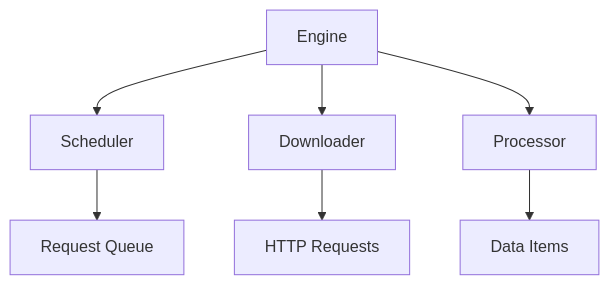
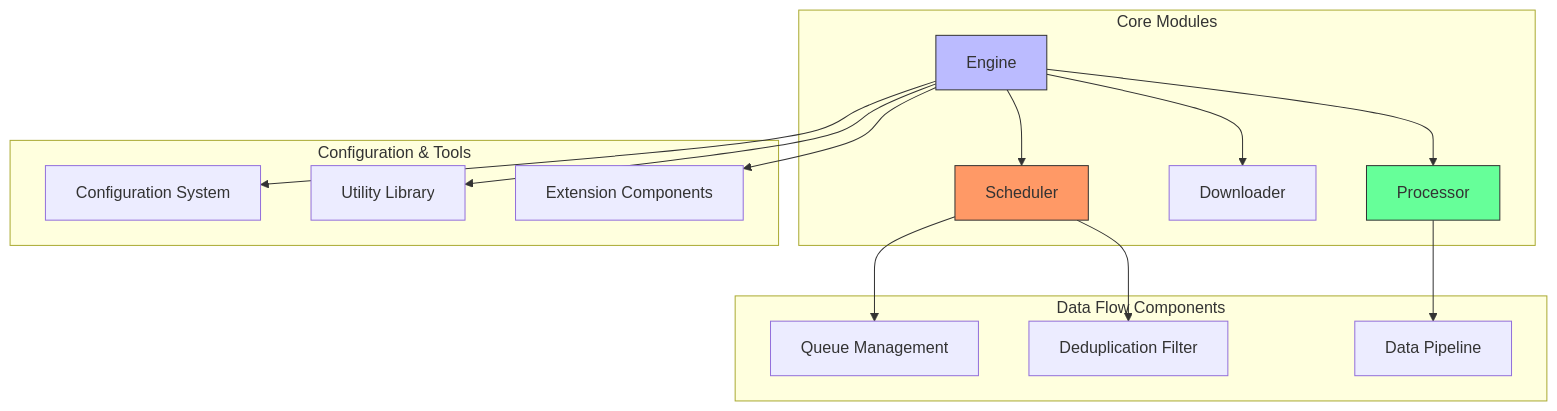
The diagram in docs/modules/core/index_en.md (crawl-coder/Crawlo), drawn with Mermaid before and after one commit. The commit also changed other lines of this file and 98 other files, not shown here.

````diff
--- a/docs/modules/core/index_en.md
+++ b/docs/modules/core/index_en.md
@@ -21,9 +18,31 @@
 ```mermaid
-graph TD
-    A[Engine] --> B[Scheduler]
-    A --> C[Downloader]
-    A --> D[Processor]
-    B --> E[Request Queue]
-    C --> F[HTTP Requests]
-    D --> G[Data Items]
+graph TB
+subgraph "Core Modules"
+Engine[Engine]
+Scheduler[Scheduler]
+Downloader[Downloader]
+Processor[Processor]
+end
+subgraph "Data Flow Components"
+Queue[Queue Management]
+Filter[Deduplication Filter]
+Pipeline[Data Pipeline]
+end
+subgraph "Configuration & Tools"
+Settings[Configuration System]
+Utils[Utility Library]
+Extension[Extension Components]
+end
+Engine --> Scheduler
+Engine --> Downloader
+Engine --> Processor
+Scheduler --> Queue
+Scheduler --> Filter
+Processor --> Pipeline
+Engine --> Settings
+Engine --> Utils
+Engine --> Extension
+style Engine fill:#bbf,stroke:#333
+style Scheduler fill:#f96,stroke:#333
+style Processor fill:#6f9,stroke:#333
 ```
````
